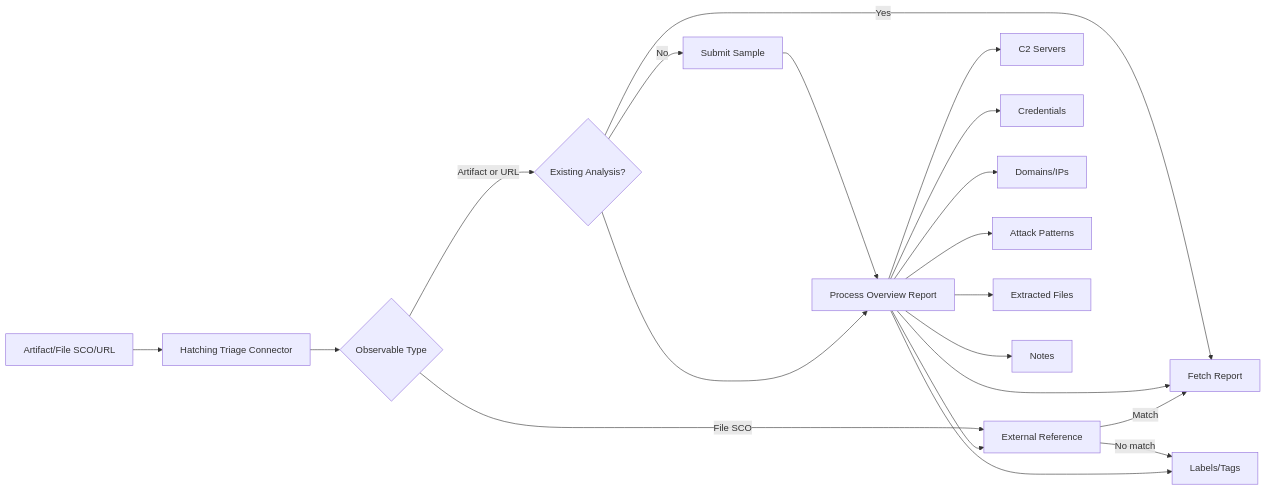
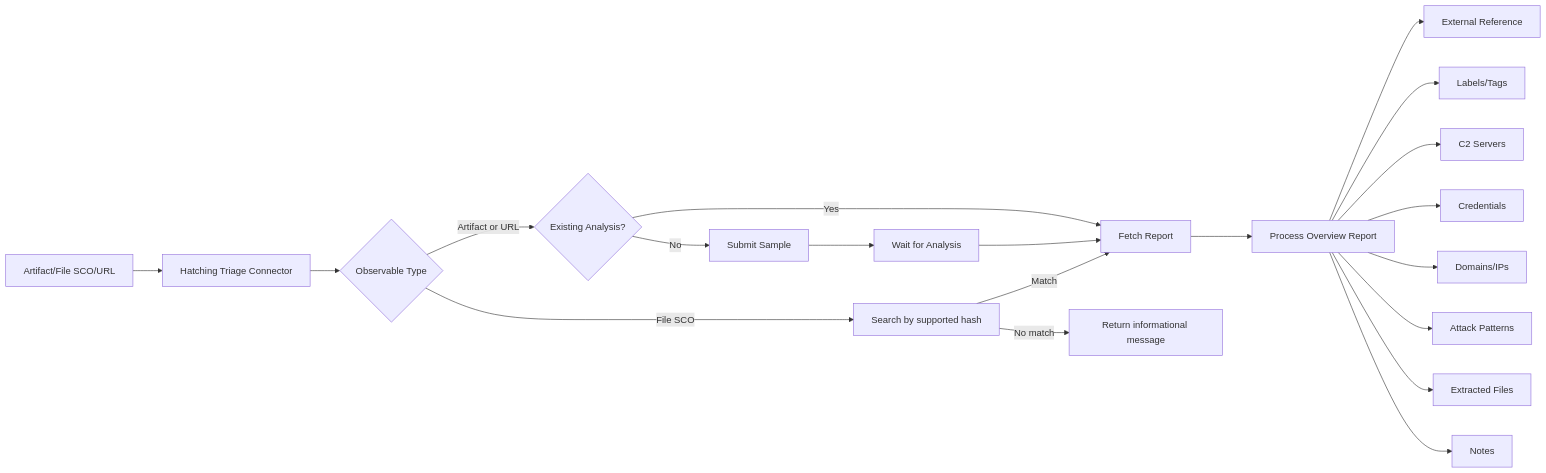
The diagram in internal-enrichment/hatching-triage-sandbox/README.md (OpenCTI-Platform/connectors), drawn with Mermaid before and after one commit.

Commit message:
docs(hatching-triage-sandbox): give each node of the data flow diagram its own id (#7674)
The File SCO branch reused the G, H and I node ids of the report processing
steps, so Mermaid merged unrelated nodes and drew wrong edges.

````diff
--- a/internal-enrichment/hatching-triage-sandbox/README.md
+++ b/internal-enrichment/hatching-triage-sandbox/README.md
@@ -122,22 +122,22 @@
 ```mermaid
 flowchart LR
     A[Artifact/File SCO/URL] --> B[Hatching Triage Connector]
     B --> C{Observable Type}
     C -->|Artifact or URL| D{Existing Analysis?}
     D -->|Yes| F[Fetch Report]
     D -->|No| E[Submit Sample]
-    E --> G[Wait for Analysis]
-    G --> F
-    C -->|File SCO| H[Search by supported hash]
-    H -->|Match| F
-    H -->|No match| I[Return informational message]
-    D --> G[Process Overview Report]
+    E --> W[Wait for Analysis]
+    W --> F
+    C -->|File SCO| S[Search by supported hash]
+    S -->|Match| F
+    S -->|No match| X[Return informational message]
+    F --> G[Process Overview Report]
     G --> H[External Reference]
     G --> I[Labels/Tags]
     G --> J[C2 Servers]
     G --> K[Credentials]
     G --> L[Domains/IPs]
     G --> M[Attack Patterns]
     G --> N[Extracted Files]
     G --> O[Notes]
 ```
````
